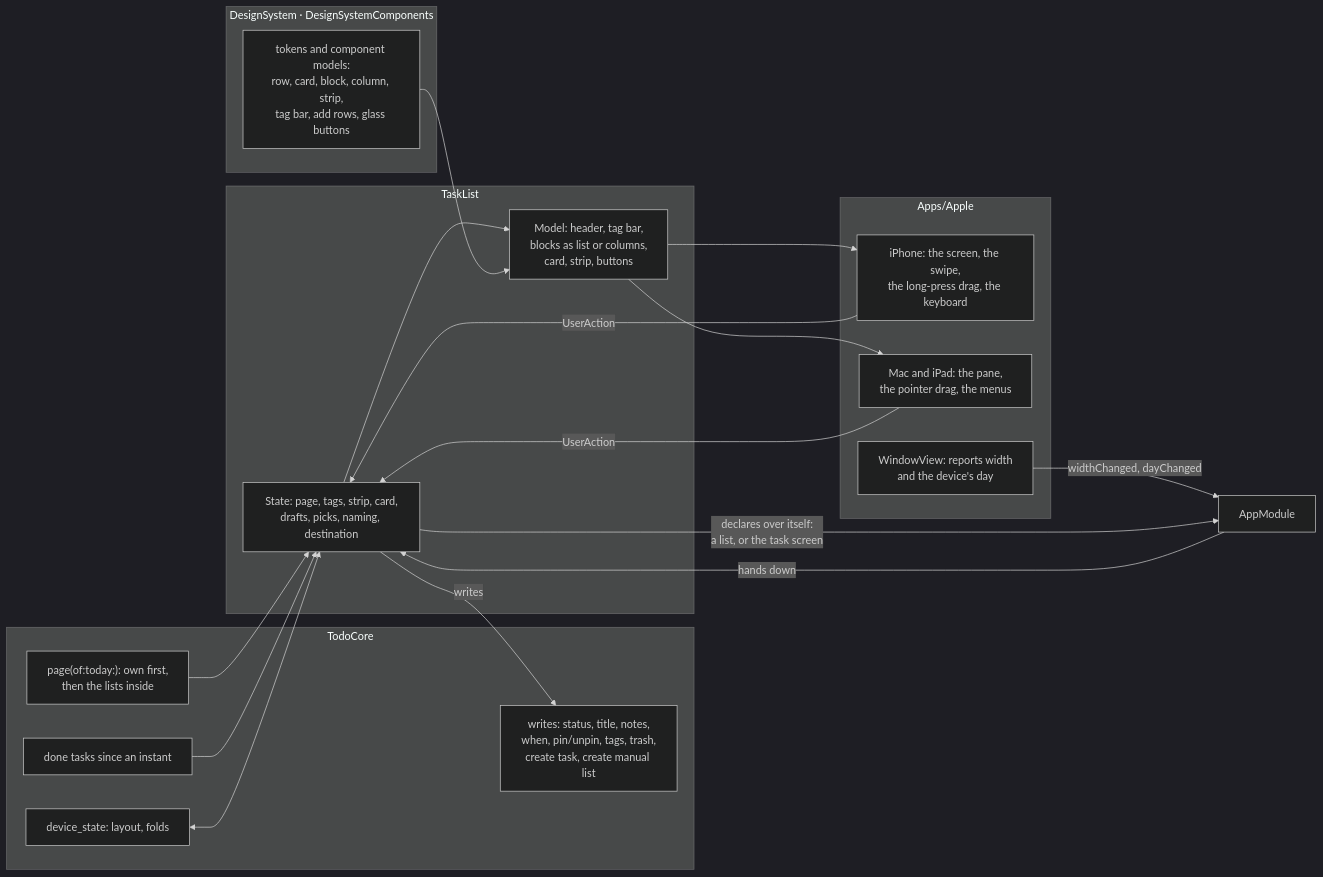
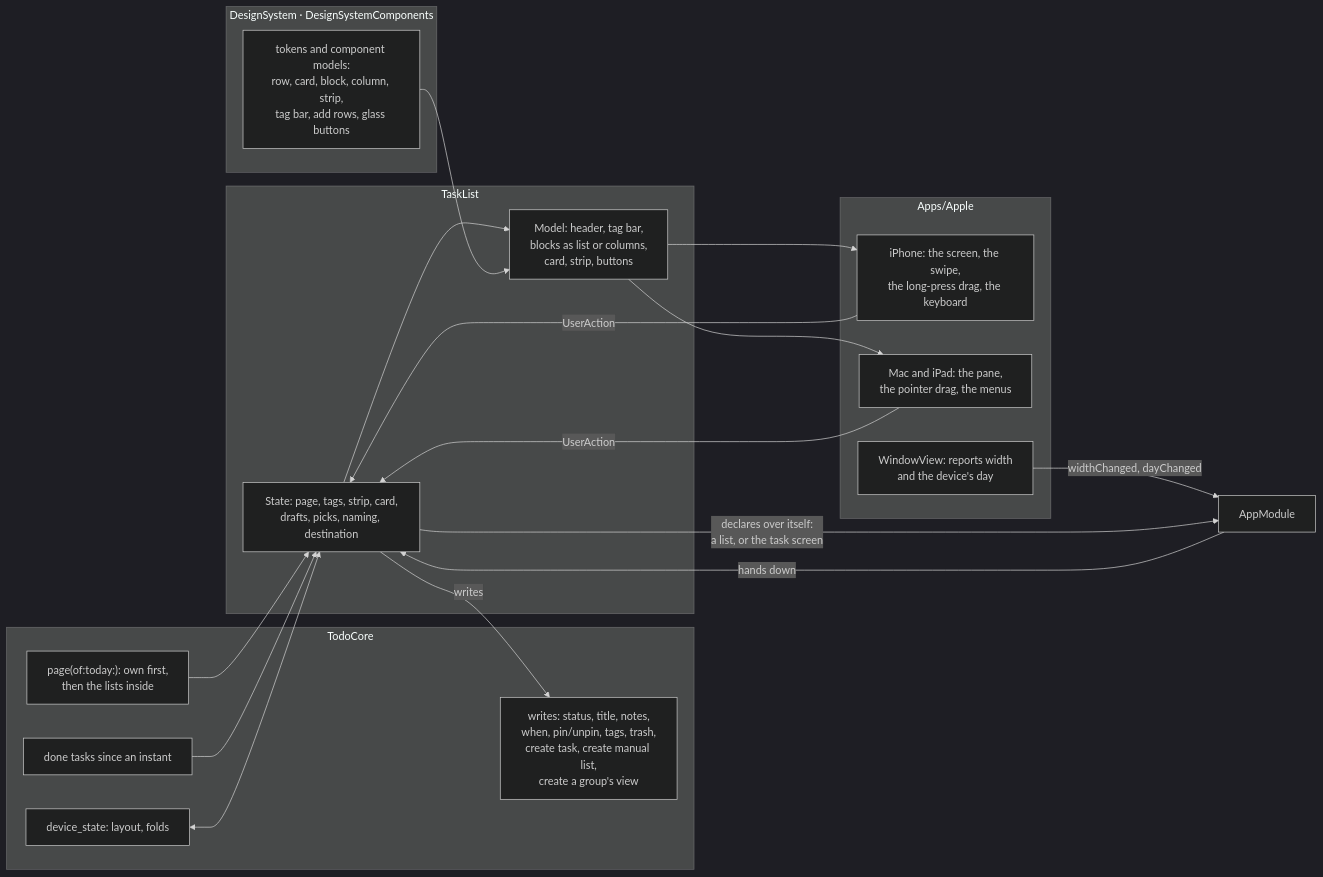
The diagram in docs/specs/list-screen.md (maldrakar/todo-app), drawn with Mermaid (dark theme) before and after one commit. The commit also changed other lines of this file, not shown here.

First line of the commit message:
docs(apple): a group opened from a list is a view of kind group, a distance from today

````diff
--- a/docs/specs/list-screen.md
+++ b/docs/specs/list-screen.md
@@ -182,35 +179,35 @@
 ```mermaid
 flowchart LR
   subgraph Core["TodoCore"]
     P["page(of:today:): own first,<br/>then the lists inside"]
     D["done tasks since an instant"]
-    W["writes: status, title, notes,<br/>when, pin/unpin, tags, trash,<br/>create task, create manual list"]
+    W["writes: status, title, notes,<br/>when, pin/unpin, tags, trash,<br/>create task, create manual list,<br/>create a group's view"]
     S["device_state: layout, folds"]
   end
   subgraph Module["TaskList"]
     T["State: page, tags, strip, card,<br/>drafts, picks, naming, destination"]
     M["Model: header, tag bar,<br/>blocks as list or columns,<br/>card, strip, buttons"]
   end
   subgraph DS["DesignSystem · DesignSystemComponents"]
     C["tokens and component models:<br/>row, card, block, column, strip,<br/>tag bar, add rows, glass buttons"]
   end
   subgraph Apple["Apps/Apple"]
     I["iPhone: the screen, the swipe,<br/>the long-press drag, the keyboard"]
     K["Mac and iPad: the pane,<br/>the pointer drag, the menus"]
     V["WindowView: reports width<br/>and the device's day"]
   end
   R["AppModule"]
   P --> T
   D --> T
   S <--> T
   T --> M
   C --> M
   M --> I
   M --> K
   I -- "UserAction" --> T
   K -- "UserAction" --> T
   T -- "writes" --> W
   V -- "widthChanged, dayChanged" --> R
   R -- "hands down" --> T
   T -- "declares over itself:<br/>a list, or the task screen" --> R
 ```
````
